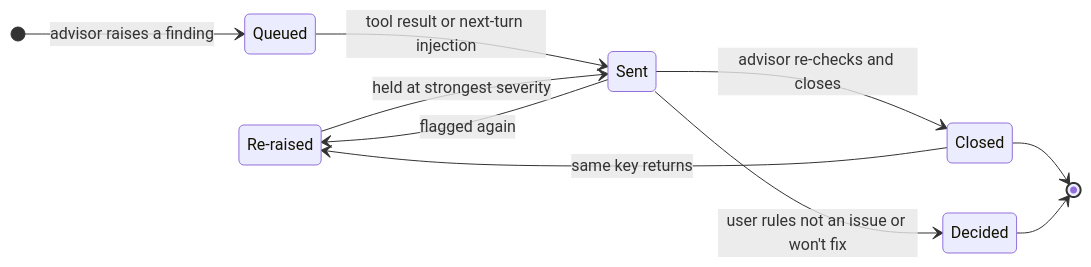
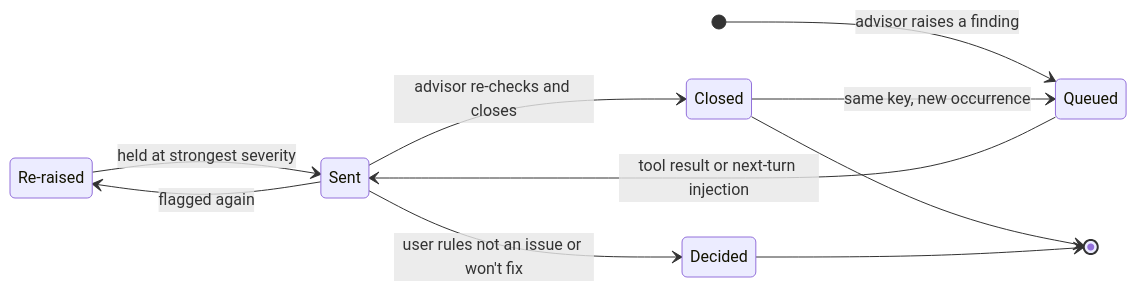
Before and after one commit to salemsayed/bb-plugin-advisor: the diagram in README.md, drawn with Mermaid. The commit also changed other lines of this file and 16 other files, not shown here.

````diff
--- a/README.md
+++ b/README.md
@@ -198,14 +213,14 @@
 ```mermaid
 stateDiagram-v2
     direction LR
     state "Re-raised" as Reraised
     [*] --> Queued : advisor raises a finding
     Queued --> Sent : tool result or next-turn injection
     Sent --> Reraised : flagged again
     Reraised --> Sent : held at strongest severity
     Sent --> Closed : advisor re-checks and closes
-    Closed --> Reraised : same key returns
+    Closed --> Queued : same key, new occurrence
     Sent --> Decided : user rules not an issue or won't fix
     Closed --> [*]
     Decided --> [*]
 ```
````
